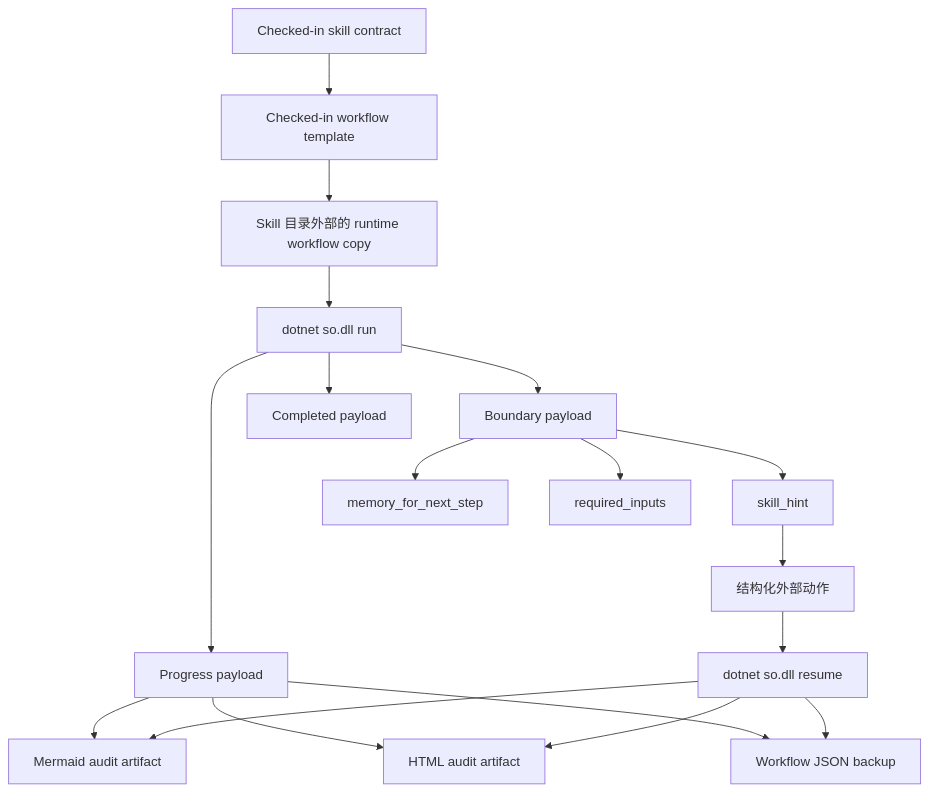
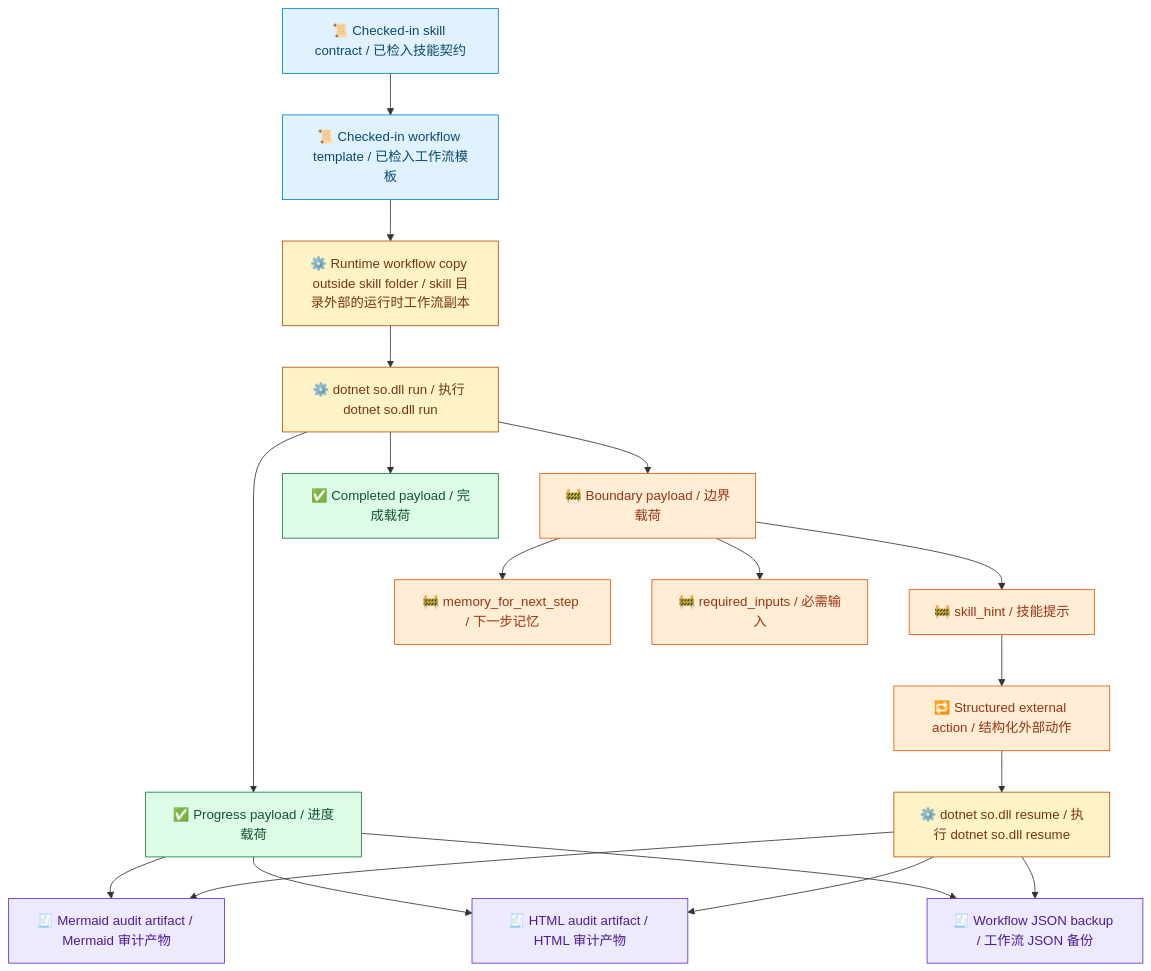
Before and after one commit to waynebaby/Techne-Loom: the second of 2 diagrams in README.zh-CN.md, drawn with Mermaid. The commit also changed other lines of this file and 19 other files, not shown here.

Commit message:
Standardize Mermaid accessibility across docs

````diff
--- a/README.zh-CN.md
+++ b/README.zh-CN.md
@@ -237,20 +240,34 @@
 ```mermaid
 flowchart TD
-    A[Checked-in skill contract] --> B[Checked-in workflow template]
-    B --> C[Skill 目录外部的 runtime workflow copy]
-    C --> D[dotnet so.dll run]
-    D --> E[Progress payload]
-    D --> F[Boundary payload]
-    D --> G[Completed payload]
-    E --> H[Mermaid audit artifact]
-    E --> I[HTML audit artifact]
-    E --> J[Workflow JSON backup]
-    F --> K[skill_hint]
-    F --> L[memory_for_next_step]
-    F --> M[required_inputs]
-    K --> N[结构化外部动作]
-    N --> O[dotnet so.dll resume]
+    A[📜 Checked-in skill contract / 已检入技能契约] --> B[📜 Checked-in workflow template / 已检入工作流模板]
+    B --> C[⚙️ Runtime workflow copy outside skill folder / skill 目录外部的运行时工作流副本]
+    C --> D[⚙️ dotnet so.dll run / 执行 dotnet so.dll run]
+    D --> E[✅ Progress payload / 进度载荷]
+    D --> F[🚧 Boundary payload / 边界载荷]
+    D --> G[✅ Completed payload / 完成载荷]
+    E --> H[🧾 Mermaid audit artifact / Mermaid 审计产物]
+    E --> I[🧾 HTML audit artifact / HTML 审计产物]
+    E --> J[🧾 Workflow JSON backup / 工作流 JSON 备份]
+    F --> K[🚧 skill_hint / 技能提示]
+    F --> L[🚧 memory_for_next_step / 下一步记忆]
+    F --> M[🚧 required_inputs / 必需输入]
+    K --> N[🔁 Structured external action / 结构化外部动作]
+    N --> O[⚙️ dotnet so.dll resume / 执行 dotnet so.dll resume]
     O --> H
     O --> I
     O --> J
+
+    classDef contract fill:#E0F2FE,stroke:#0284C7,color:#0C4A6E;
+    classDef runtime fill:#FEF3C7,stroke:#B45309,color:#78350F;
+    classDef output fill:#DCFCE7,stroke:#15803D,color:#14532D;
+    classDef boundary fill:#FFEDD5,stroke:#EA580C,color:#9A3412;
+    classDef audit fill:#EDE9FE,stroke:#6D28D9,color:#4C1D95;
+
+    class A,B contract;
+    class C,D,O runtime;
+    class E,G output;
+    class F,K,L,M boundary;
+    class H,I,J audit;
+
+    class N boundary;
 ```
````
